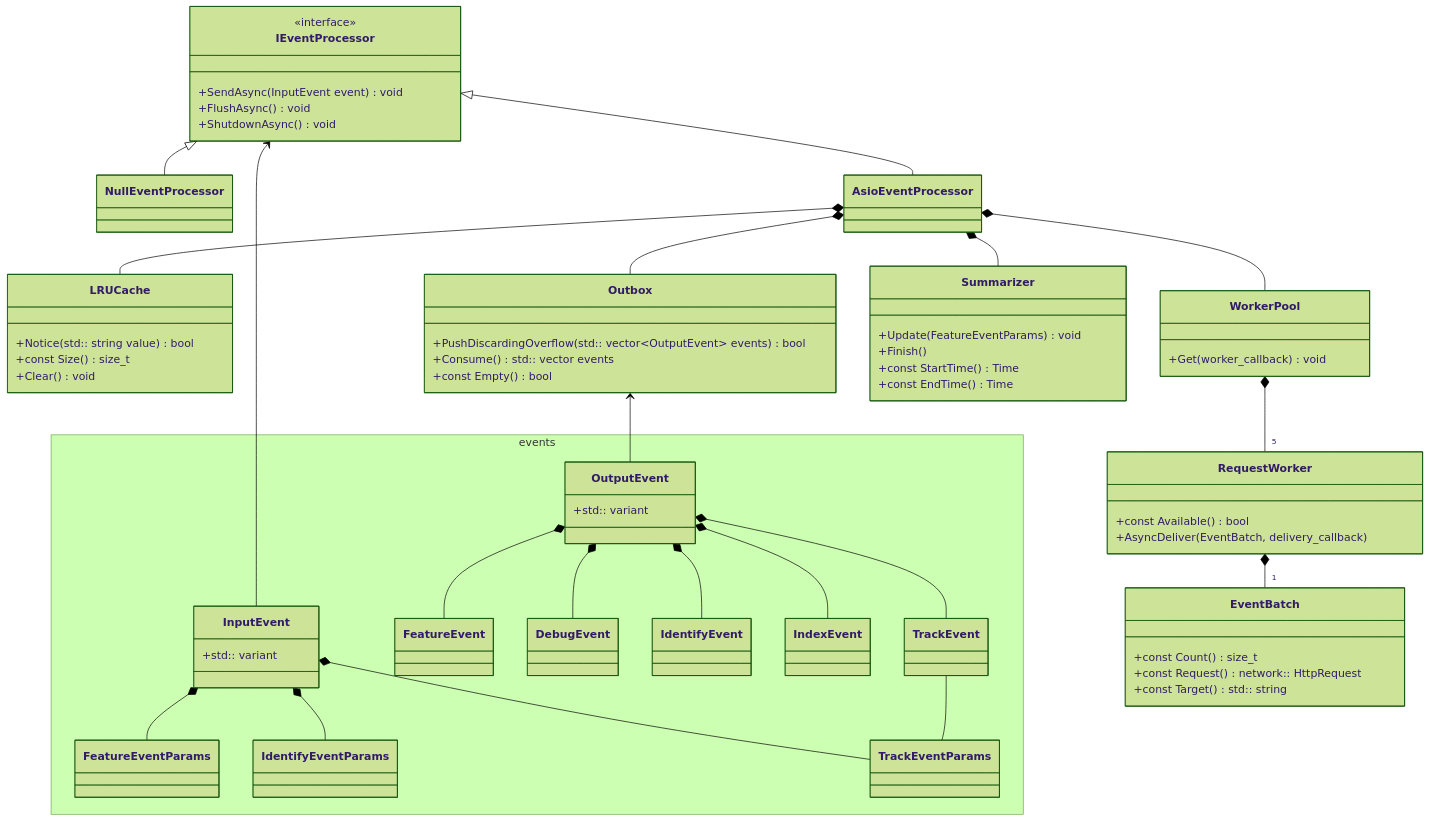
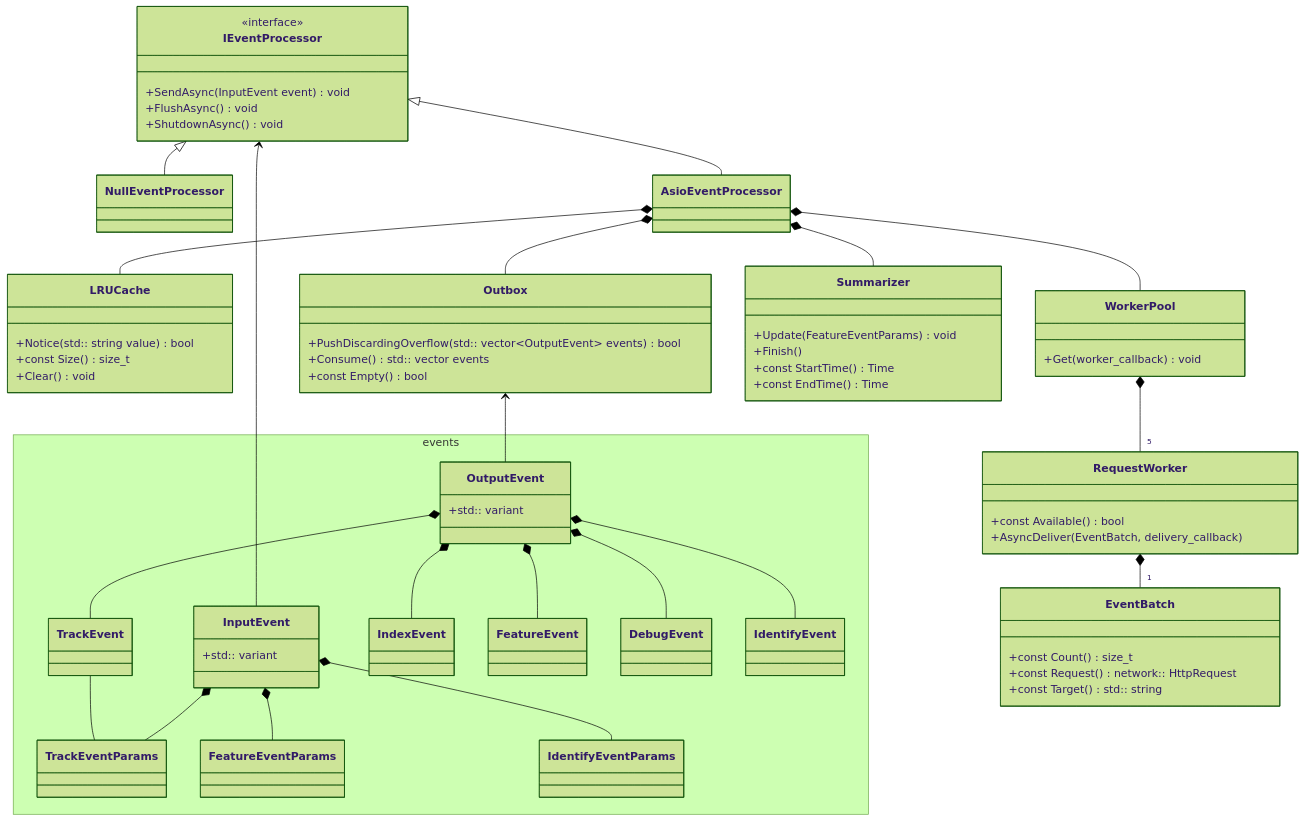
Before and after one commit to launchdarkly/cpp-sdks: the diagram in architecture/event_processor.md, drawn with Mermaid (forest theme).

Commit message:
try to fix github's mermaid render

````diff
--- a/architecture/event_processor.md
+++ b/architecture/event_processor.md
@@ -14,8 +14,21 @@
     AsioEventProcessor *-- Summarizer
 
     RequestWorker *-- "1" EventBatch
+    WorkerPool *-- "5" RequestWorker
 
-    WorkerPool *-- "5" RequestWorker
+    TrackEvent -- TrackEventParams
+    InputEvent *-- FeatureEventParams
+    InputEvent *-- IdentifyEventParams
+    InputEvent *-- TrackEventParams
+
+    OutputEvent *-- IndexEvent
+    OutputEvent *-- FeatureEvent
+    OutputEvent *-- DebugEvent
+    OutputEvent *-- IdentifyEvent
+    OutputEvent *-- TrackEvent
+
+    IEventProcessor <-- InputEvent
+    Outbox <-- OutputEvent
 
     class IEventProcessor {
         <<interface>>
@@ -76,34 +89,36 @@
             +std:: variant
         }
 
-        class FeatureEventParams
-        class IdentifyEventParams
-        class TrackEventParams
+        class FeatureEventParams {
 
-        class FeatureEvent
-        class DebugEvent
-        class IdentifyEvent
+        }
 
+        class IdentifyEventParams {
 
-        class IndexEvent
+        }
 
-        class TrackEvent
+        class TrackEventParams {
+
+        }
+
+        class FeatureEvent {
+
+        }
+
+        class DebugEvent {
+
+        }
+
+        class IdentifyEvent {
+
+        }
+
+        class IndexEvent {
+
+        }
+
+        class TrackEvent {
+
+        }
     }
-
-
-    TrackEvent -- TrackEventParams
-
-
-    InputEvent *-- FeatureEventParams
-    InputEvent *-- IdentifyEventParams
-    InputEvent *-- TrackEventParams
-
-    OutputEvent *-- IndexEvent
-    OutputEvent *-- FeatureEvent
-    OutputEvent *-- DebugEvent
-    OutputEvent *-- IdentifyEvent
-    OutputEvent *-- TrackEvent
-
-    IEventProcessor <-- InputEvent
-    Outbox <-- OutputEvent
 ```
````
